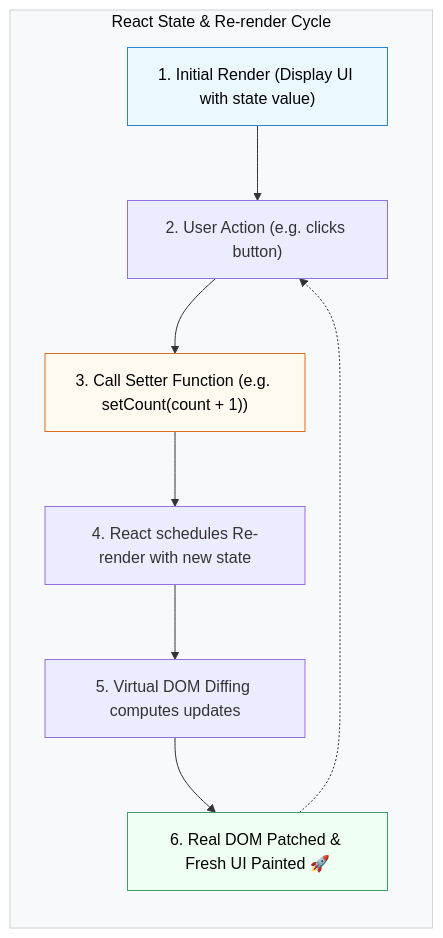
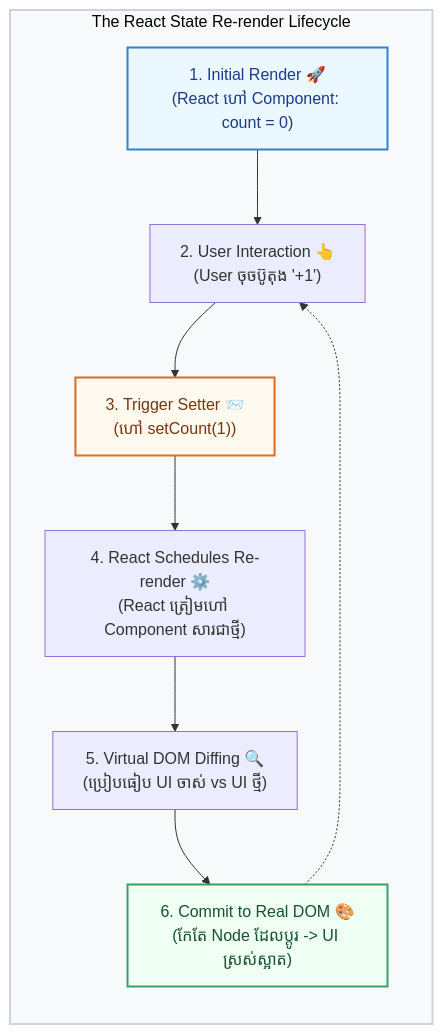
One commit to Ari-ICU/full-stack-short-coures changed the diagram in src/courses/react/module-3-state-events/01-usestate-mechanics.mdx. Above: the diagram before and after it, drawn with Mermaid. The commit also changed other lines of this file and 6 other files, not shown here.

````diff
--- a/src/courses/react/module-3-state-events/01-usestate-mechanics.mdx
+++ b/src/courses/react/module-3-state-events/01-usestate-mechanics.mdx
@@ -29,17 +41,17 @@
 ```mermaid
 flowchart TD
-    subgraph RenderCycle["React State & Re-render Cycle"]
+    subgraph RenderCycle["The React State Re-render Lifecycle"]
         direction TB
-        S1["1. Initial Render (Display UI with state value)"] --> S2["2. User Action (e.g. clicks button)"]
-        S2 --> S3["3. Call Setter Function (e.g. setCount(count + 1))"]
-        S3 --> S4["4. React schedules Re-render with new state"]
-        S4 --> S5["5. Virtual DOM Diffing computes updates"]
-        S5 --> S6["6. Real DOM Patched & Fresh UI Painted 🚀"]
+        S1["1. Initial Render 🚀<br/>(React ហៅ Component: count = 0)"] --> S2["2. User Interaction 👆<br/>(User ចុចប៊ូតុង '+1')"]
+        S2 --> S3["3. Trigger Setter 📨<br/>(ហៅ setCount(1))"]
+        S3 --> S4["4. React Schedules Re-render ⚙️<br/>(React ត្រៀមហៅ Component សារជាថ្មី)"]
+        S4 --> S5["5. Virtual DOM Diffing 🔍<br/>(ប្រៀបធៀប UI ចាស់ vs UI ថ្មី)"]
+        S5 --> S6["6. Commit to Real DOM 🎨<br/>(កែតែ Node ដែលប្តូរ -> UI ស្រស់ស្អាត)"]
         S6 -.-> S2
     end
 
-    style RenderCycle fill:#f8f9fa,stroke:#ced4da,color:#000
-    style S1 fill:#ebf8ff,stroke:#3182ce,color:#000
-    style S3 fill:#fffaf0,stroke:#dd6b20,color:#000
-    style S6 fill:#f0fff4,stroke:#38a169,color:#000
+    style RenderCycle fill:#f8f9fa,stroke:#cbd5e1,stroke-width:2px,color:#000
+    style S1 fill:#ebf8ff,stroke:#3182ce,stroke-width:2px,color:#1e3a8a
+    style S3 fill:#fffaf0,stroke:#dd6b20,stroke-width:2px,color:#78350f
+    style S6 fill:#f0fff4,stroke:#38a169,stroke-width:2px,color:#14532d
 ```
````
